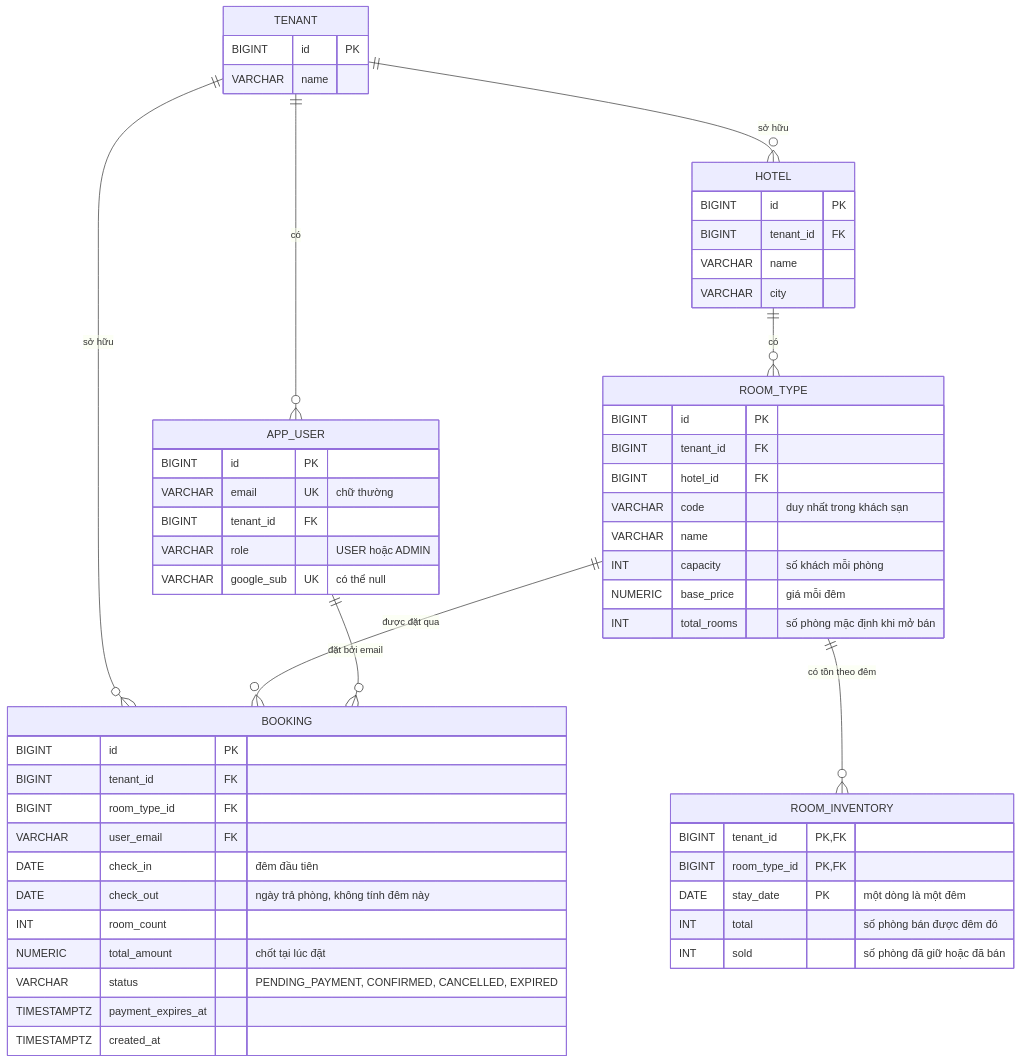
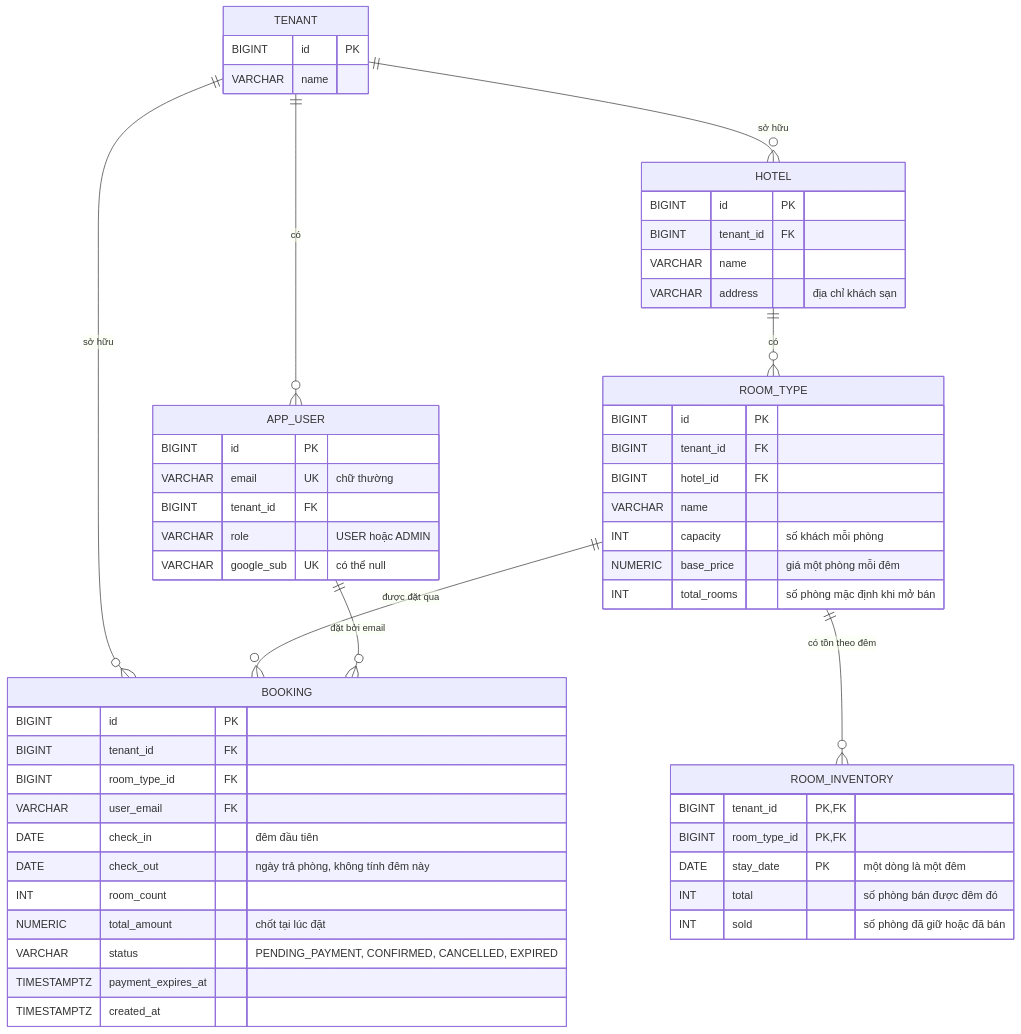
One commit to oabga/HotelBookingSystem changed the first of 3 diagrams in docs/erd-v2.md. Above: the diagram before and after it, drawn with Mermaid. The commit also changed other lines of this file and 4 other files, not shown here.

First line of the commit message:
UPDATE database and fix sequence

````diff
--- a/docs/erd-v2.md
+++ b/docs/erd-v2.md
@@ -11,58 +11,57 @@
 ```mermaid
 erDiagram
     TENANT ||--o{ APP_USER : "có"
     TENANT ||--o{ HOTEL : "sở hữu"
     TENANT ||--o{ BOOKING : "sở hữu"
     HOTEL ||--o{ ROOM_TYPE : "có"
     ROOM_TYPE ||--o{ ROOM_INVENTORY : "có tồn theo đêm"
     ROOM_TYPE ||--o{ BOOKING : "được đặt qua"
     APP_USER ||--o{ BOOKING : "đặt bởi email"
 
     TENANT {
         BIGINT id PK
         VARCHAR name
     }
     APP_USER {
         BIGINT id PK
         VARCHAR email UK "chữ thường"
         BIGINT tenant_id FK
         VARCHAR role "USER hoặc ADMIN"
         VARCHAR google_sub UK "có thể null"
     }
     HOTEL {
         BIGINT id PK
         BIGINT tenant_id FK
         VARCHAR name
-        VARCHAR city
+        VARCHAR address "địa chỉ khách sạn"
     }
     ROOM_TYPE {
         BIGINT id PK
         BIGINT tenant_id FK
         BIGINT hotel_id FK
-        VARCHAR code "duy nhất trong khách sạn"
         VARCHAR name
         INT capacity "số khách mỗi phòng"
-        NUMERIC base_price "giá mỗi đêm"
+        NUMERIC base_price "giá một phòng mỗi đêm"
         INT total_rooms "số phòng mặc định khi mở bán"
     }
     ROOM_INVENTORY {
         BIGINT tenant_id PK, FK
         BIGINT room_type_id PK, FK
         DATE stay_date PK "một dòng là một đêm"
         INT total "số phòng bán được đêm đó"
         INT sold "số phòng đã giữ hoặc đã bán"
     }
     BOOKING {
         BIGINT id PK
         BIGINT tenant_id FK
         BIGINT room_type_id FK
         VARCHAR user_email FK
         DATE check_in "đêm đầu tiên"
         DATE check_out "ngày trả phòng, không tính đêm này"
         INT room_count
         NUMERIC total_amount "chốt tại lúc đặt"
         VARCHAR status "PENDING_PAYMENT, CONFIRMED, CANCELLED, EXPIRED"
         TIMESTAMPTZ payment_expires_at
         TIMESTAMPTZ created_at
     }
 ```
````
